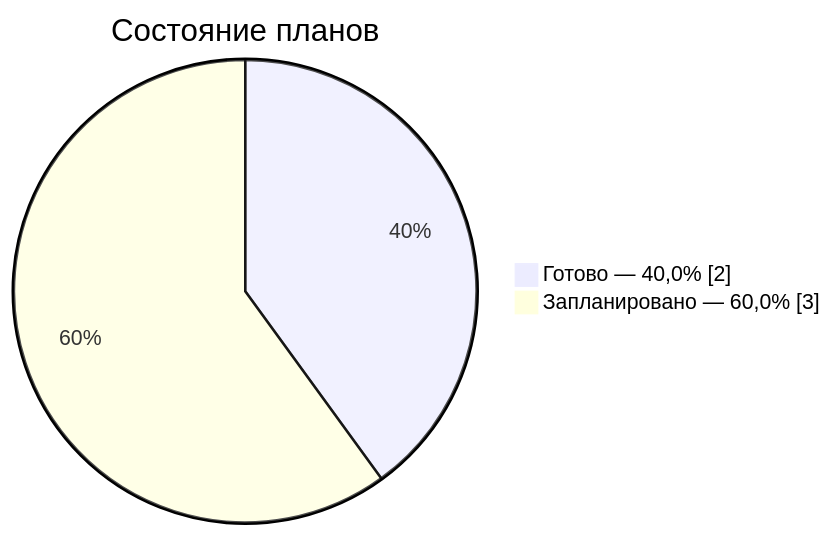
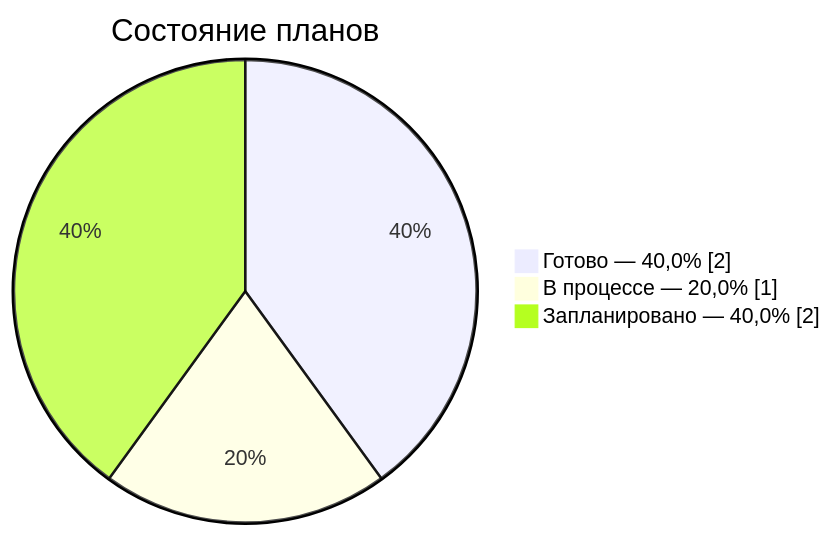
Before and after one commit to ai-animation-tools/songframe: the diagram in tools/testdata/sample-project/ROADMAP.md, drawn with Mermaid. The commit also changed other lines of this file and 437 other files, not shown here.

````diff
--- a/tools/testdata/sample-project/ROADMAP.md
+++ b/tools/testdata/sample-project/ROADMAP.md
@@ -9,6 +9,7 @@
 ```mermaid
 pie showData
     title Состояние планов
     "Готово — 40,0%" : 2
-    "Запланировано — 60,0%" : 3
+    "В процессе — 20,0%" : 1
+    "Запланировано — 40,0%" : 2
 ```
````
